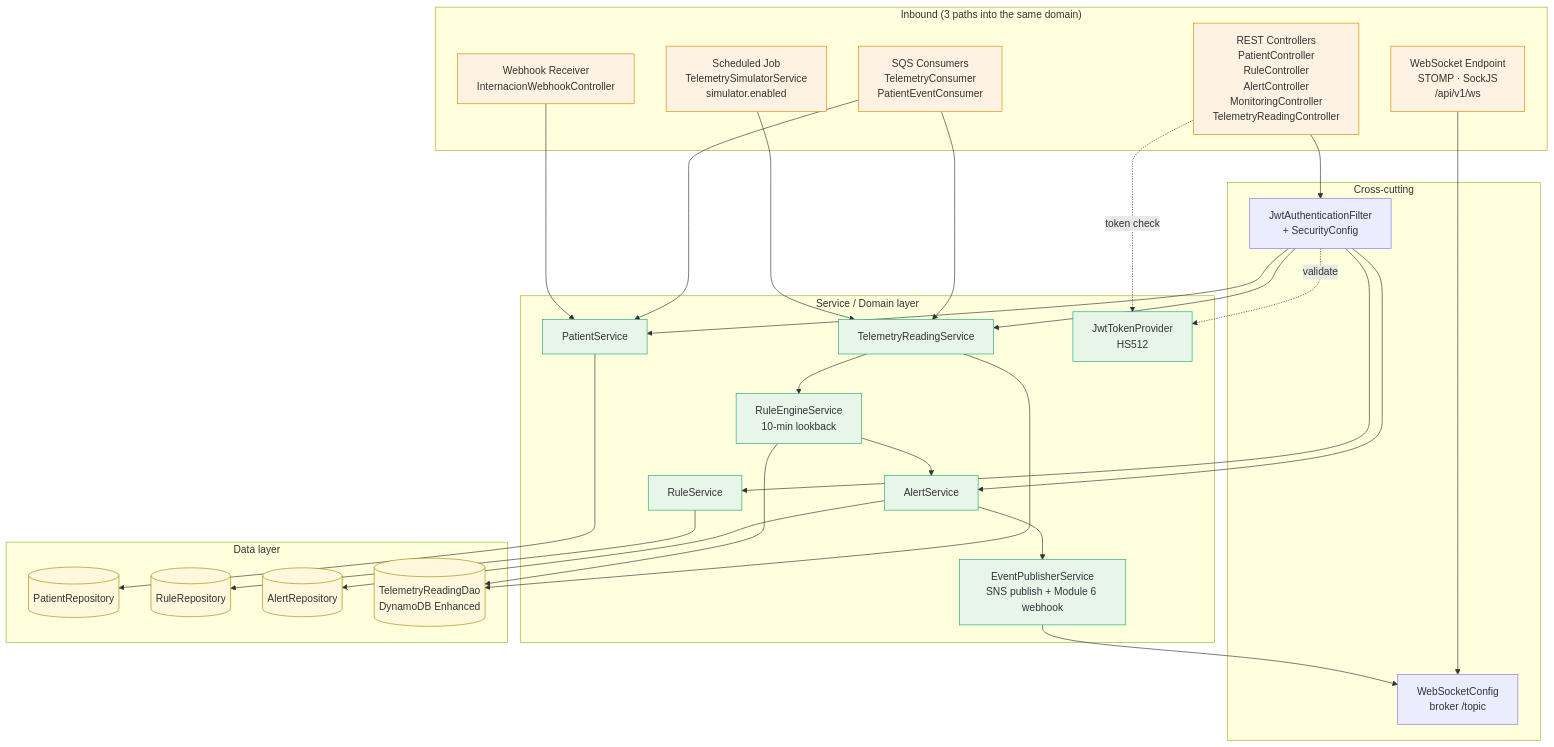
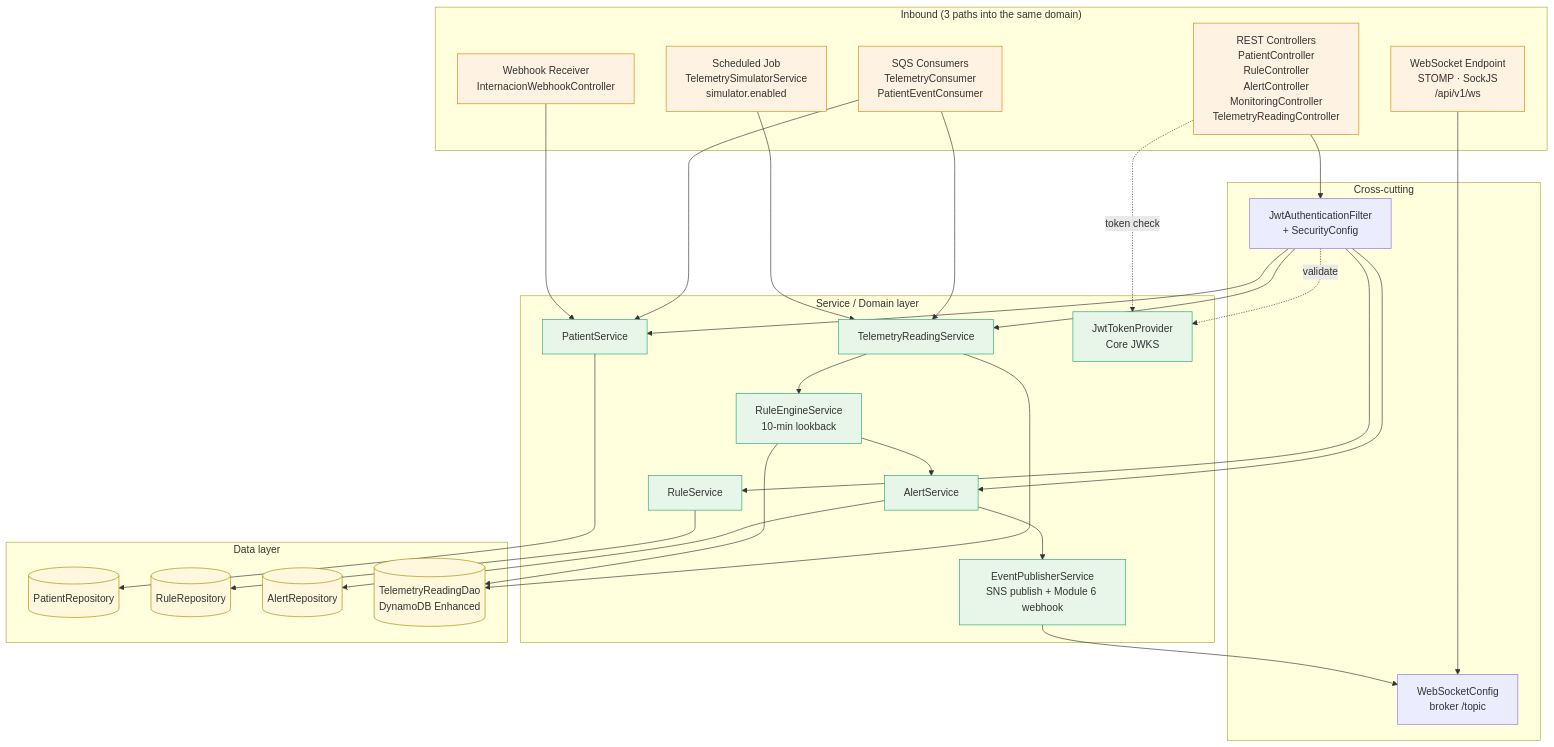
Before and after one commit to ValentinoDiaz0509/tpo-da2: the third of 8 diagrams in docs/architecture/architecture-diagrams.md, drawn with Mermaid. The commit also changed other lines of this file and 20 other files, not shown here.

````diff
--- a/docs/architecture/architecture-diagrams.md
+++ b/docs/architecture/architecture-diagrams.md
@@ -129,63 +129,63 @@
 ```mermaid
 flowchart TB
     subgraph Inbound["Inbound (3 paths into the same domain)"]
         REST[REST Controllers<br/>PatientController<br/>RuleController<br/>AlertController<br/>MonitoringController<br/>TelemetryReadingController]
         WS[WebSocket Endpoint<br/>STOMP · SockJS<br/>/api/v1/ws]
         Cons[SQS Consumers<br/>TelemetryConsumer<br/>PatientEventConsumer]
         Sim[Scheduled Job<br/>TelemetrySimulatorService<br/>simulator.enabled]
         WH[Webhook Receiver<br/>InternacionWebhookController]
     end
 
     subgraph CrossCut["Cross-cutting"]
         SecF[JwtAuthenticationFilter<br/>+ SecurityConfig]
         WSCfg[WebSocketConfig<br/>broker /topic]
     end
 
     subgraph Domain["Service / Domain layer"]
         PatientSvc[PatientService]
         TeleSvc[TelemetryReadingService]
         RuleSvc[RuleService]
         AlertSvc[AlertService]
         RuleEng[RuleEngineService<br/>10-min lookback]
         EvtPub[EventPublisherService<br/>SNS publish + Module 6 webhook]
-        JwtP[JwtTokenProvider<br/>HS512]
+        JwtP[JwtTokenProvider<br/>Core JWKS]
     end
 
     subgraph Data["Data layer"]
         PatRepo[(PatientRepository)]
         RuleRepo[(RuleRepository)]
         AlertRepo[(AlertRepository)]
         TeleDao[(TelemetryReadingDao<br/>DynamoDB Enhanced)]
     end
 
     REST --> SecF --> PatientSvc
     SecF --> TeleSvc
     SecF --> RuleSvc
     SecF --> AlertSvc
     WS --> WSCfg
     Cons --> TeleSvc
     Cons --> PatientSvc
     Sim --> TeleSvc
     WH --> PatientSvc
 
     TeleSvc --> RuleEng
     RuleEng --> AlertSvc
     AlertSvc --> EvtPub
     EvtPub --> WSCfg
 
     PatientSvc --> PatRepo
     RuleSvc --> RuleRepo
     AlertSvc --> AlertRepo
     TeleSvc --> TeleDao
     RuleEng --> TeleDao
 
     REST -.token check.-> JwtP
     SecF -.validate.-> JwtP
 
     classDef inbound fill:#fef3e2,stroke:#d80;
     classDef domain fill:#e8f5e9,stroke:#2a7;
     classDef data fill:#fff8dc,stroke:#a80;
     class REST,WS,Cons,Sim,WH inbound;
     class PatientSvc,TeleSvc,RuleSvc,AlertSvc,RuleEng,EvtPub,JwtP domain;
     class PatRepo,RuleRepo,AlertRepo,TeleDao data;
 ```
````
